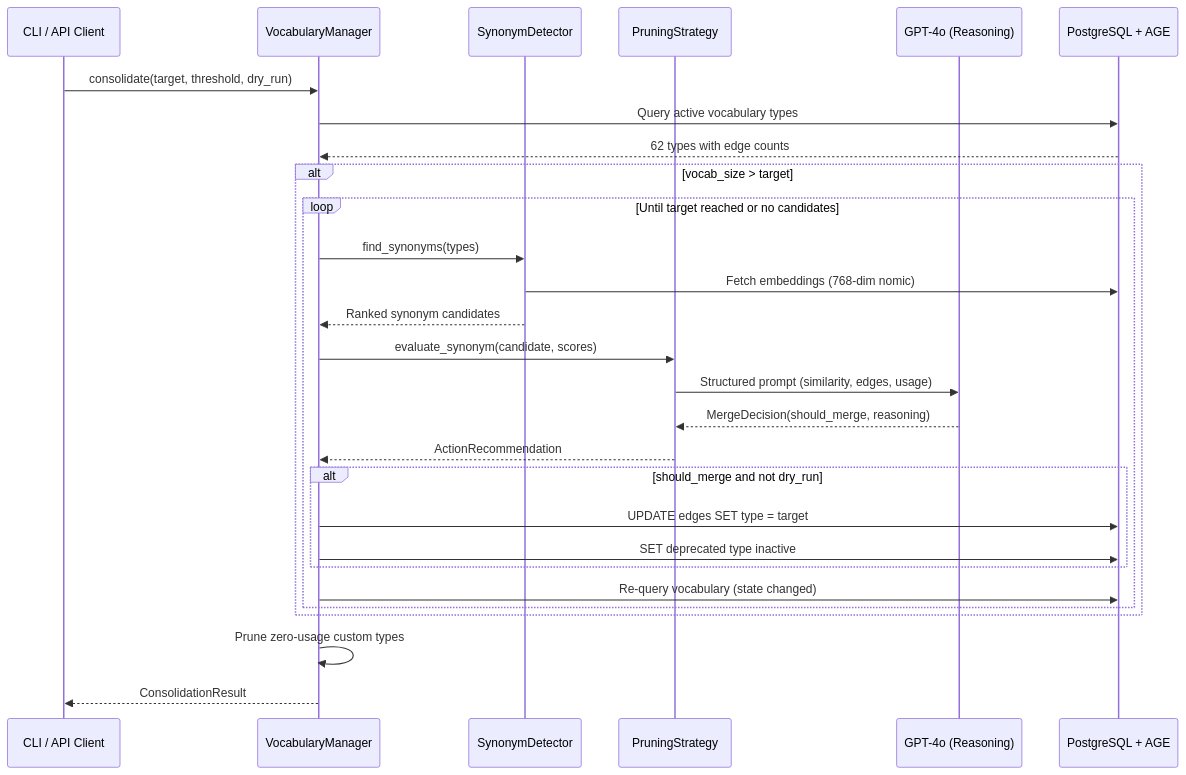
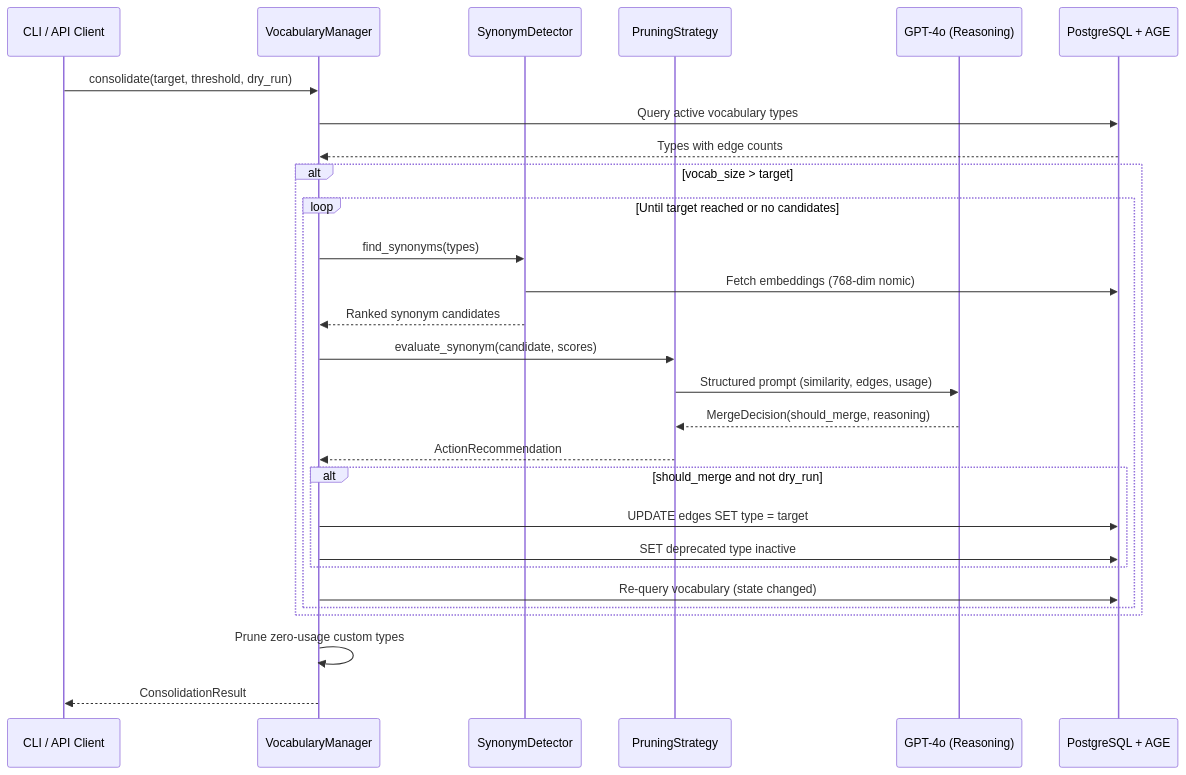
Before and after one commit to aaronsb/knowledge-graph-system: the first of 3 diagrams in docs/guides/VOCABULARY_LIFECYCLE.md, drawn with Mermaid. The commit also changed other lines of this file and 1 other file, not shown here.

````diff
--- a/docs/guides/VOCABULARY_LIFECYCLE.md
+++ b/docs/guides/VOCABULARY_LIFECYCLE.md
@@ -50,36 +42,36 @@
 ```mermaid
 sequenceDiagram
     participant CLI as CLI / API Client
     participant VM as VocabularyManager
     participant SD as SynonymDetector
     participant PS as PruningStrategy
     participant LLM as GPT-4o (Reasoning)
     participant DB as PostgreSQL + AGE
 
     CLI->>VM: consolidate(target, threshold, dry_run)
     VM->>DB: Query active vocabulary types
-    DB-->>VM: 62 types with edge counts
+    DB-->>VM: Types with edge counts
 
     alt vocab_size > target
         loop Until target reached or no candidates
             VM->>SD: find_synonyms(types)
             SD->>DB: Fetch embeddings (768-dim nomic)
             SD-->>VM: Ranked synonym candidates
 
             VM->>PS: evaluate_synonym(candidate, scores)
             PS->>LLM: Structured prompt (similarity, edges, usage)
             LLM-->>PS: MergeDecision(should_merge, reasoning)
             PS-->>VM: ActionRecommendation
 
             alt should_merge and not dry_run
                 VM->>DB: UPDATE edges SET type = target
                 VM->>DB: SET deprecated type inactive
             end
 
             VM->>DB: Re-query vocabulary (state changed)
         end
     end
 
     VM->>VM: Prune zero-usage custom types
     VM-->>CLI: ConsolidationResult
 ```
````
